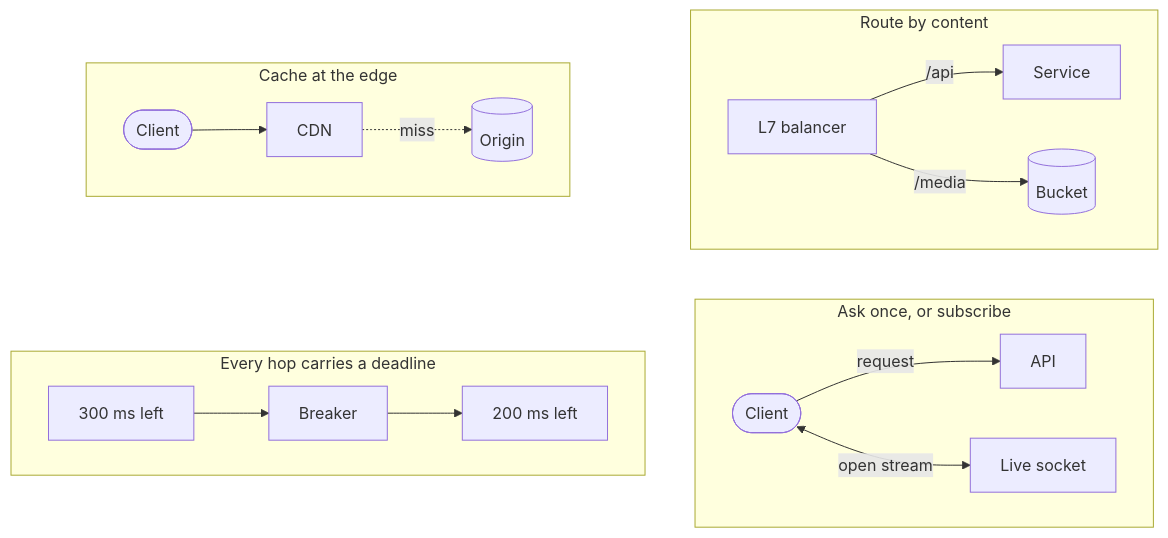
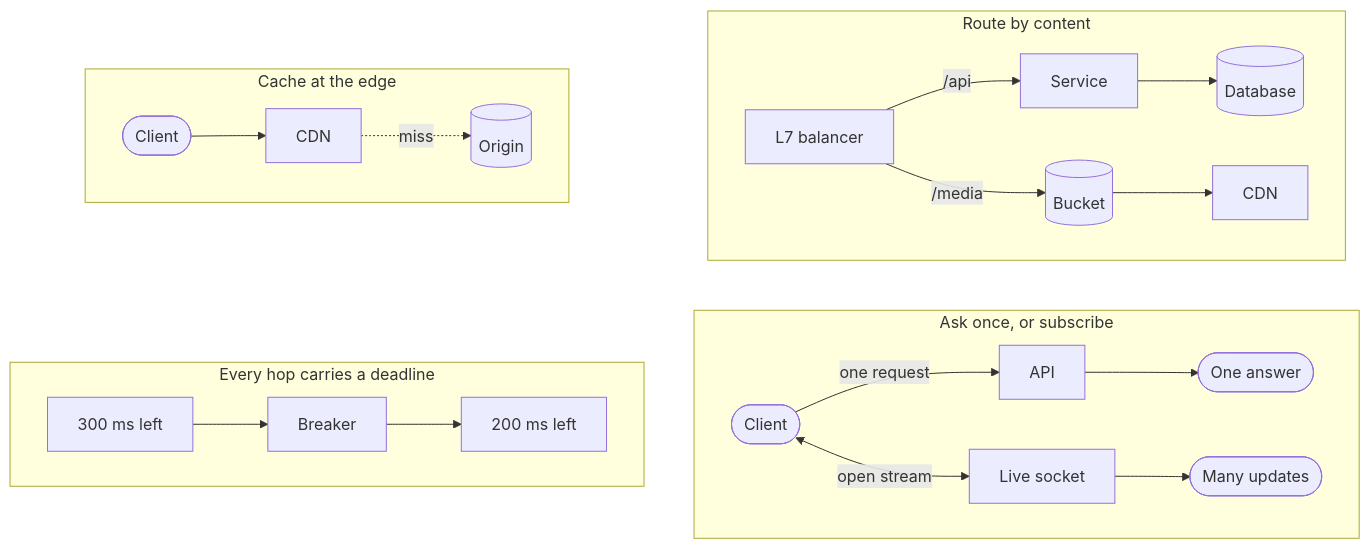
The ninth of 19 diagrams in examples/system-design-foundations.md (Laticent/lattice), drawn with Mermaid before and after one commit. The commit also changed other lines of this file and 1 other file, not shown here.

````diff
--- a/examples/system-design-foundations.md
+++ b/examples/system-design-foundations.md
@@ -1269,23 +1269,23 @@
 ```mermaid
 flowchart TB
   subgraph b["Route by content"]
     direction LR
-    B1["L7 balancer"] -->|"/api"| B2["Service"]
-    B1 -->|"/media"| B3[("Bucket")]
+    B1["L7 balancer"] -->|"/api"| B2["Service"] --> B4[("Database")]
+    B1 -->|"/media"| B3[("Bucket")] --> B5["CDN"]
   end
   subgraph a["Cache at the edge"]
     direction LR
     A1(["Client"]) --> A2["CDN"] -.->|"miss"| A3[("Origin")]
   end
   subgraph d["Ask once, or subscribe"]
     direction LR
-    D1(["Client"]) -->|"request"| D2["API"]
-    D1 <-->|"open stream"| D3["Live socket"]
+    D1(["Client"]) -->|"one request"| D2["API"] --> D4(["One answer"])
+    D1 <-->|"open stream"| D3["Live socket"] --> D5(["Many updates"])
   end
   subgraph c["Every hop carries a deadline"]
     direction LR
     C1["300 ms left"] --> C2["Breaker"] --> C3["200 ms left"]
   end
   a ~~~ c
   b ~~~ d
 ```
````
